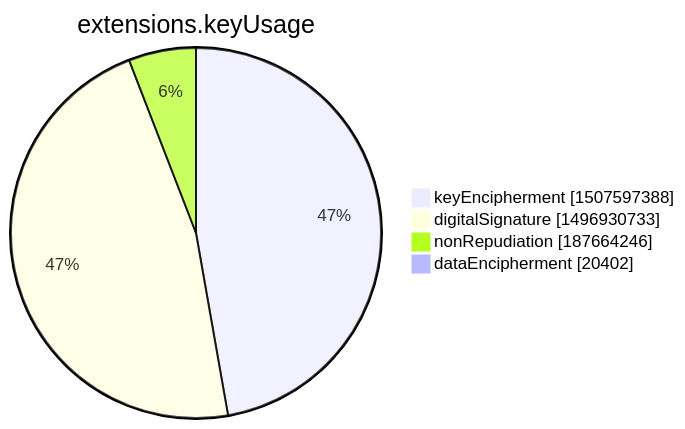
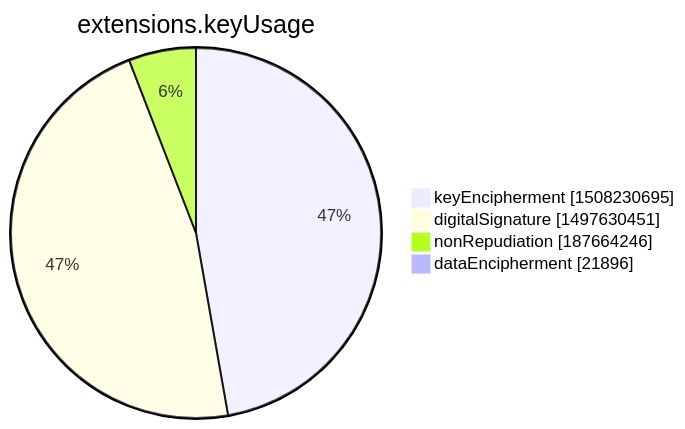
Before and after one commit to christiankrug/ctmonitor_visualization: the seventh of 15 diagrams in xenon2022/README.md, drawn with Mermaid. The commit also changed other lines of this file, not shown here.

````diff
--- a/xenon2022/README.md
+++ b/xenon2022/README.md
@@ -2845,8 +2846,8 @@
 ```mermaid
 pie showData
 title extensions.keyUsage
-"keyEncipherment" :1507597388
-"digitalSignature" :1496930733
+"keyEncipherment" :1508230695
+"digitalSignature" :1497630451
 "nonRepudiation" :187664246
-"dataEncipherment" :20402
+"dataEncipherment" :21896
 ```
````
